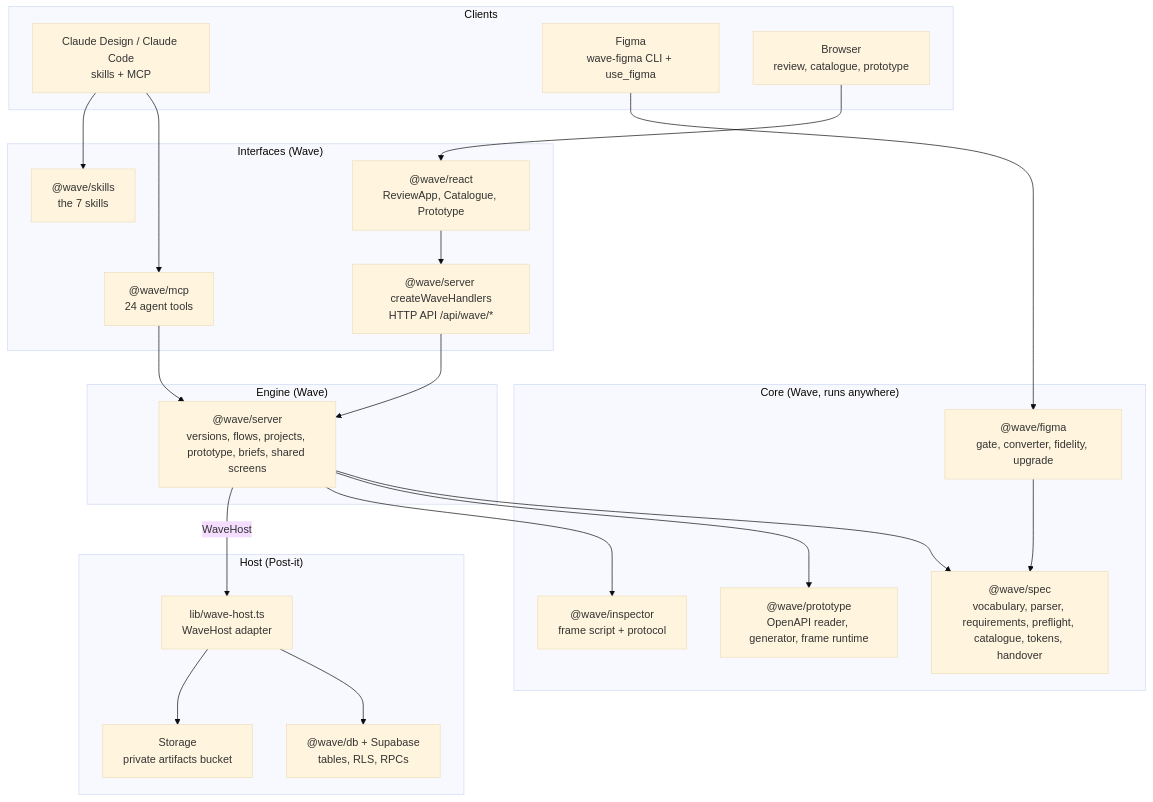
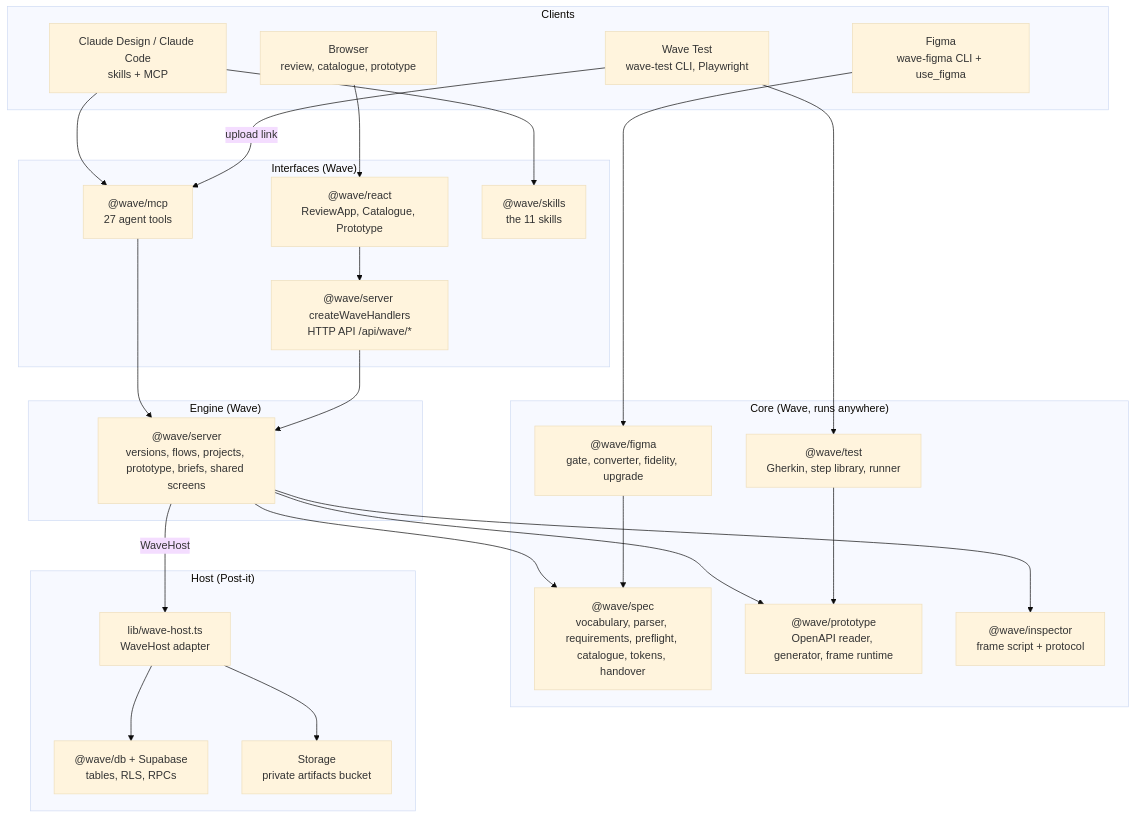
Before and after one commit to asim-basraa/postit: the first of 6 diagrams in packages/wave-docs/pages/architecture.md, drawn with Mermaid (base theme). The commit also changed other lines of this file and 13 other files, not shown here.

First line of the commit message:
Wave docs and skills: end-to-end tests

````diff
--- a/packages/wave-docs/pages/architecture.md
+++ b/packages/wave-docs/pages/architecture.md
@@ -13,41 +13,46 @@
 ```mermaid
 flowchart TB
   subgraph Clients
     CD[Claude Design / Claude Code<br/>skills + MCP]
     FIG[Figma<br/>wave-figma CLI + use_figma]
+    WT[Wave Test<br/>wave-test CLI, Playwright]
     BR[Browser<br/>review, catalogue, prototype]
   end
   subgraph Interfaces["Interfaces (Wave)"]
-    MCP["@wave/mcp<br/>24 agent tools"]
+    MCP["@wave/mcp<br/>27 agent tools"]
     HTTP["@wave/server createWaveHandlers<br/>HTTP API /api/wave/*"]
     UI["@wave/react<br/>ReviewApp, Catalogue, Prototype"]
-    SK["@wave/skills<br/>the 7 skills"]
+    SK["@wave/skills<br/>the 11 skills"]
   end
   subgraph Engine["Engine (Wave)"]
     SRV["@wave/server<br/>versions, flows, projects, prototype, briefs, shared screens"]
   end
   subgraph Core["Core (Wave, runs anywhere)"]
     SPEC["@wave/spec<br/>vocabulary, parser, requirements, preflight, catalogue, tokens, handover"]
     PRO["@wave/prototype<br/>OpenAPI reader, generator, frame runtime"]
     INS["@wave/inspector<br/>frame script + protocol"]
     FG["@wave/figma<br/>gate, converter, fidelity, upgrade"]
+    TST["@wave/test<br/>Gherkin, step library, runner"]
   end
   subgraph Host["Host (Post-it)"]
     ADP["lib/wave-host.ts<br/>WaveHost adapter"]
     DB["@wave/db + Supabase<br/>tables, RLS, RPCs"]
     ST["Storage<br/>private artifacts bucket"]
   end
   CD --> MCP
   CD --> SK
   FIG --> FG
   BR --> UI --> HTTP
   MCP --> SRV
   HTTP --> SRV
   SRV --> SPEC
   SRV --> PRO
   SRV --> INS
   SRV -- WaveHost --> ADP
   ADP --> DB
   ADP --> ST
   FG --> SPEC
+  WT --> TST
+  TST --> PRO
+  WT -- upload link --> MCP
 ```
````
